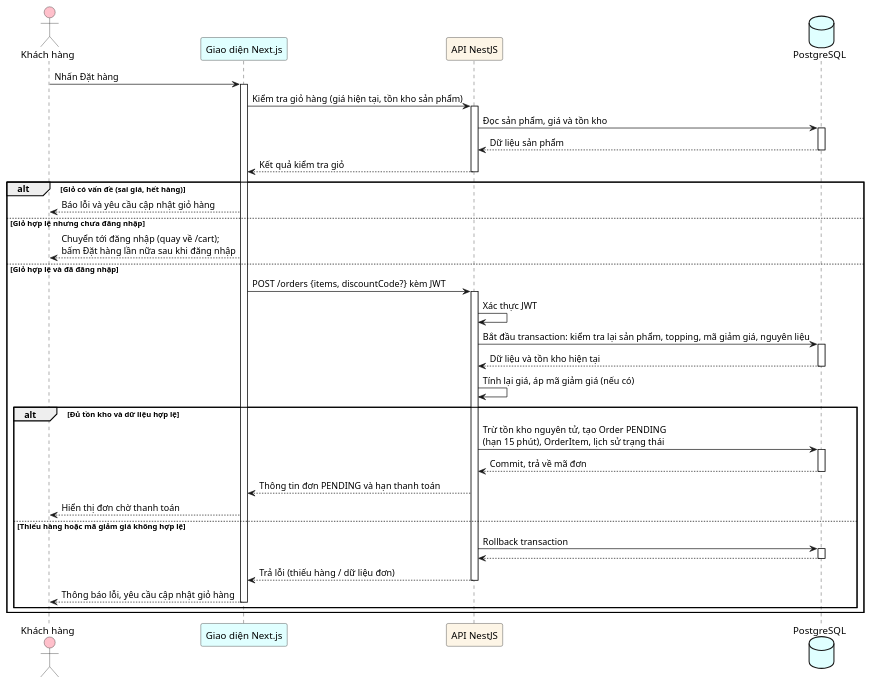
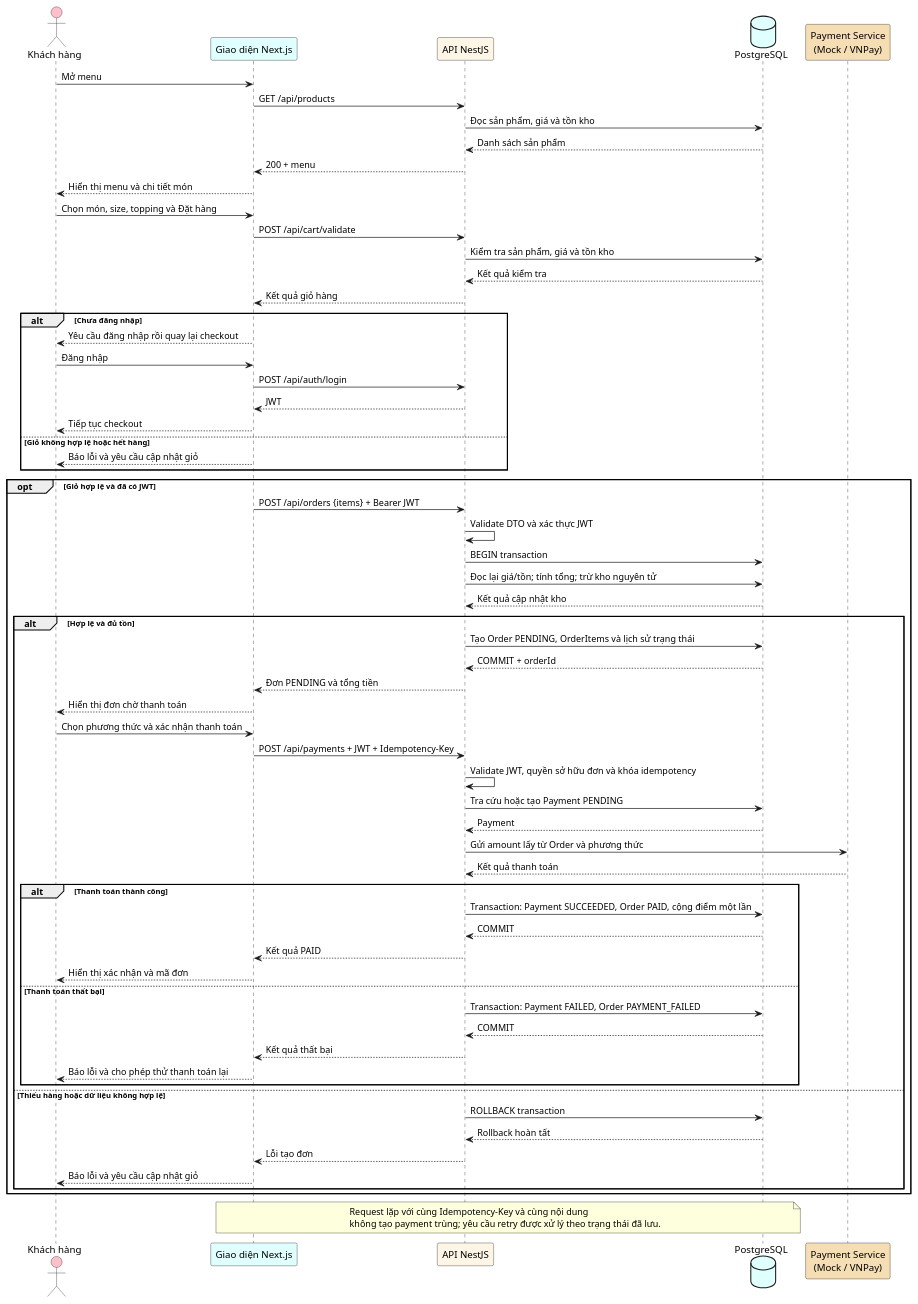
One commit to ThanhTuyencr30/BrewLite_A2 changed the diagram in docs/diagrams/sequence-checkout.puml. Above: the diagram before and after it, drawn with PlantUML. The commit also changed 16 other files, not shown here.

```diff
--- a/docs/diagrams/sequence-checkout.puml
+++ b/docs/diagrams/sequence-checkout.puml
@@ -1,64 +1,77 @@
 @startuml
 skinparam BoxPadding 10
 skinparam ParticipantPadding 10
 
 actor "Khách hàng" as Customer #Pink
 participant "Giao diện Next.js" as NextJS #LightCyan
 participant "API NestJS" as NestJS #OldLace
 database "PostgreSQL" as Postgres #LightCyan
+participant "Payment Service\n(Mock / VNPay)" as PaymentService #Wheat
 
-Customer -> NextJS : Nhấn Đặt hàng
-activate NextJS
+Customer -> NextJS : Mở menu
+NextJS -> NestJS : GET /api/products
+NestJS -> Postgres : Đọc sản phẩm, giá và tồn kho
+Postgres --> NestJS : Danh sách sản phẩm
+NestJS --> NextJS : 200 + menu
+NextJS --> Customer : Hiển thị menu và chi tiết món
 
-NextJS -> NestJS : Kiểm tra giỏ hàng (giá hiện tại, tồn kho sản phẩm)
-activate NestJS
+Customer -> NextJS : Chọn món, size, topping và Đặt hàng
+NextJS -> NestJS : POST /api/cart/validate
+NestJS -> Postgres : Kiểm tra sản phẩm, giá và tồn kho
+Postgres --> NestJS : Kết quả kiểm tra
+NestJS --> NextJS : Kết quả giỏ hàng
 
-NestJS -> Postgres : Đọc sản phẩm, giá và tồn kho
-activate Postgres
-Postgres --> NestJS : Dữ liệu sản phẩm
-deactivate Postgres
+alt Chưa đăng nhập
+    NextJS --> Customer : Yêu cầu đăng nhập rồi quay lại checkout
+    Customer -> NextJS : Đăng nhập
+    NextJS -> NestJS : POST /api/auth/login
+    NestJS --> NextJS : JWT
+    NextJS --> Customer : Tiếp tục checkout
+else Giỏ không hợp lệ hoặc hết hàng
+    NextJS --> Customer : Báo lỗi và yêu cầu cập nhật giỏ
+end
 
-NestJS --> NextJS : Kết quả kiểm tra giỏ
-deactivate NestJS
-
-alt Giỏ có vấn đề (sai giá, hết hàng)
-    NextJS --> Customer : Báo lỗi và yêu cầu cập nhật giỏ hàng
-
-else Giỏ hợp lệ nhưng chưa đăng nhập
-    NextJS --> Customer : Chuyển tới đăng nhập (quay về /cart);\nbấm Đặt hàng lần nữa sau khi đăng nhập
-
-else Giỏ hợp lệ và đã đăng nhập
-    NextJS -> NestJS : POST /orders {items, discountCode?} kèm JWT
-    activate NestJS
-
-    NestJS -> NestJS : Xác thực JWT
-    NestJS -> Postgres : Bắt đầu transaction: kiểm tra lại sản phẩm, topping, mã giảm giá, nguyên liệu
-    activate Postgres
-    Postgres --> NestJS : Dữ liệu và tồn kho hiện tại
-    deactivate Postgres
-
-    NestJS -> NestJS : Tính lại giá, áp mã giảm giá (nếu có)
-
-    alt Đủ tồn kho và dữ liệu hợp lệ
-        NestJS -> Postgres : Trừ tồn kho nguyên tử, tạo Order PENDING\n(hạn 15 phút), OrderItem, lịch sử trạng thái
-        activate Postgres
-        Postgres --> NestJS : Commit, trả về mã đơn
-        deactivate Postgres
-
-        NestJS --> NextJS : Thông tin đơn PENDING và hạn thanh toán
+opt Giỏ hợp lệ và đã có JWT
+    NextJS -> NestJS : POST /api/orders {items} + Bearer JWT
+    NestJS -> NestJS : Validate DTO và xác thực JWT
+    NestJS -> Postgres : BEGIN transaction
+    NestJS -> Postgres : Đọc lại giá/tồn; tính tổng; trừ kho nguyên tử
+    Postgres --> NestJS : Kết quả cập nhật kho
+    alt Hợp lệ và đủ tồn
+        NestJS -> Postgres : Tạo Order PENDING, OrderItems và lịch sử trạng thái
+        Postgres --> NestJS : COMMIT + orderId
+        NestJS --> NextJS : Đơn PENDING và tổng tiền
         NextJS --> Customer : Hiển thị đơn chờ thanh toán
 
-    else Thiếu hàng hoặc mã giảm giá không hợp lệ
-        NestJS -> Postgres : Rollback transaction
-        activate Postgres
-        Postgres --> NestJS
-        deactivate Postgres
+        Customer -> NextJS : Chọn phương thức và xác nhận thanh toán
+        NextJS -> NestJS : POST /api/payments + JWT + Idempotency-Key
+        NestJS -> NestJS : Validate JWT, quyền sở hữu đơn và khóa idempotency
+        NestJS -> Postgres : Tra cứu hoặc tạo Payment PENDING
+        Postgres --> NestJS : Payment
+        NestJS -> PaymentService : Gửi amount lấy từ Order và phương thức
+        PaymentService --> NestJS : Kết quả thanh toán
 
-        NestJS --> NextJS : Trả lỗi (thiếu hàng / dữ liệu đơn)
-        deactivate NestJS
-        NextJS --> Customer : Thông báo lỗi, yêu cầu cập nhật giỏ hàng
-        deactivate NextJS
+        alt Thanh toán thành công
+            NestJS -> Postgres : Transaction: Payment SUCCEEDED, Order PAID, cộng điểm một lần
+            Postgres --> NestJS : COMMIT
+            NestJS --> NextJS : Kết quả PAID
+            NextJS --> Customer : Hiển thị xác nhận và mã đơn
+        else Thanh toán thất bại
+            NestJS -> Postgres : Transaction: Payment FAILED, Order PAYMENT_FAILED
+            Postgres --> NestJS : COMMIT
+            NestJS --> NextJS : Kết quả thất bại
+            NextJS --> Customer : Báo lỗi và cho phép thử thanh toán lại
+        end
+    else Thiếu hàng hoặc dữ liệu không hợp lệ
+        NestJS -> Postgres : ROLLBACK transaction
+        Postgres --> NestJS : Rollback hoàn tất
+        NestJS --> NextJS : Lỗi tạo đơn
+        NextJS --> Customer : Báo lỗi và yêu cầu cập nhật giỏ
     end
 end
 
+note over NextJS,Postgres
+Request lặp với cùng Idempotency-Key và cùng nội dung
+không tạo payment trùng; yêu cầu retry được xử lý theo trạng thái đã lưu.
+end note
 @enduml
```
